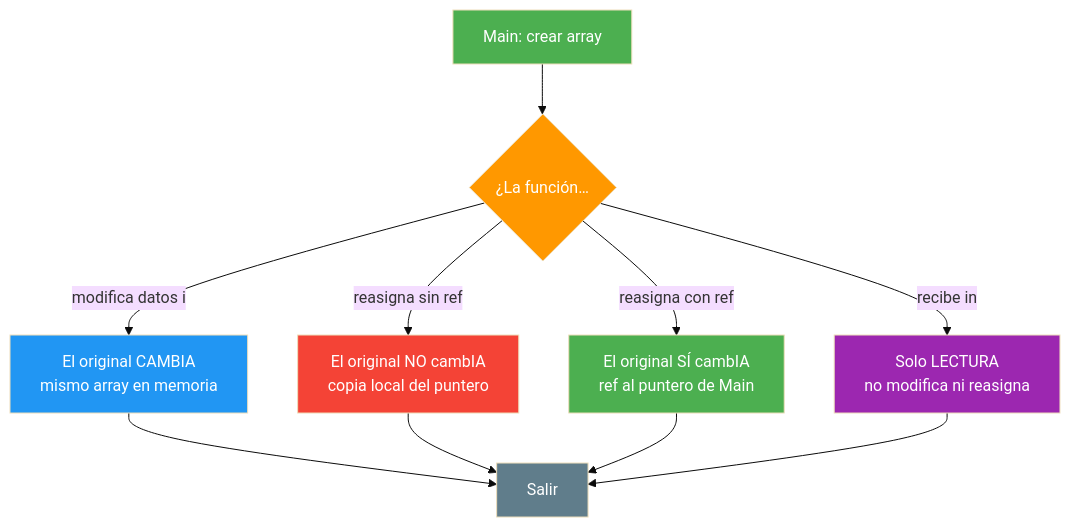
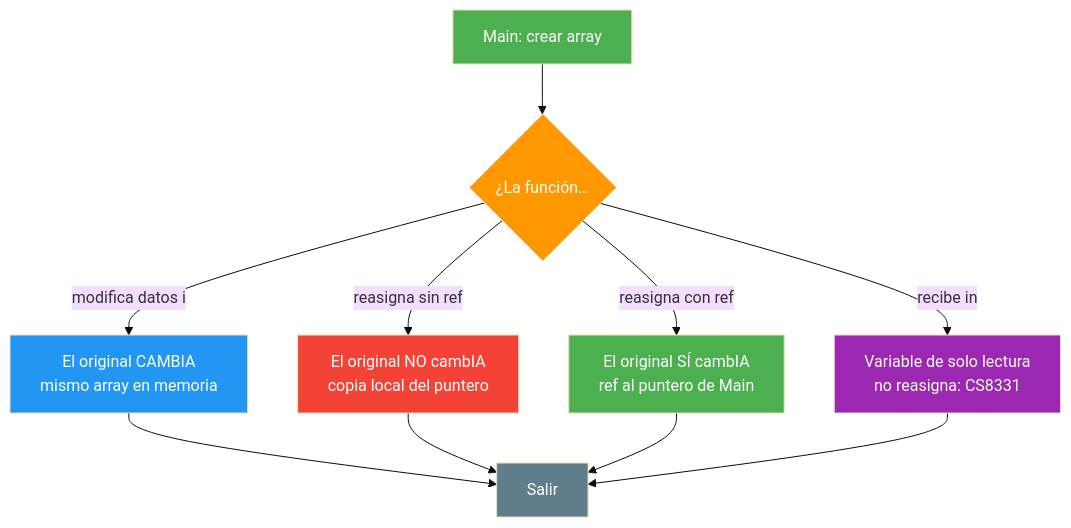
One commit to joseluisgs/Programacion-03-2026-2027 changed the first of 2 diagrams in soluciones/05-PasoReferencia/README.md. Above: the diagram before and after it, drawn with Mermaid (base theme). The commit also changed other lines of this file and 2 other files, not shown here.

````diff
--- a/soluciones/05-PasoReferencia/README.md
+++ b/soluciones/05-PasoReferencia/README.md
@@ -38,19 +38,19 @@
 ```mermaid
 flowchart TD
     A[Main: crear array] --> B{¿La función…}
     B -->|modifica datos i| C[El original CAMBIA<br/>mismo array en memoria]
     B -->|reasigna sin ref| D[El original NO cambIA<br/>copia local del puntero]
     B -->|reasigna con ref| E[El original SÍ cambIA<br/>ref al puntero de Main]
-    B -->|recibe in| F[Solo LECTURA<br/>no modifica ni reasigna]
+    B -->|recibe in| F[Variable de solo lectura<br/>no reasigna: CS8331]
     C --> G[Salir]
     D --> G
     E --> G
     F --> G
     style A fill:#4CAF50,color:#fff
     style B fill:#FF9800,color:#fff
     style C fill:#2196F3,color:#fff
     style D fill:#f44336,color:#fff
     style E fill:#4CAF50,color:#fff
     style F fill:#9C27B0,color:#fff
     style G fill:#607D8B,color:#fff
 ```
````
